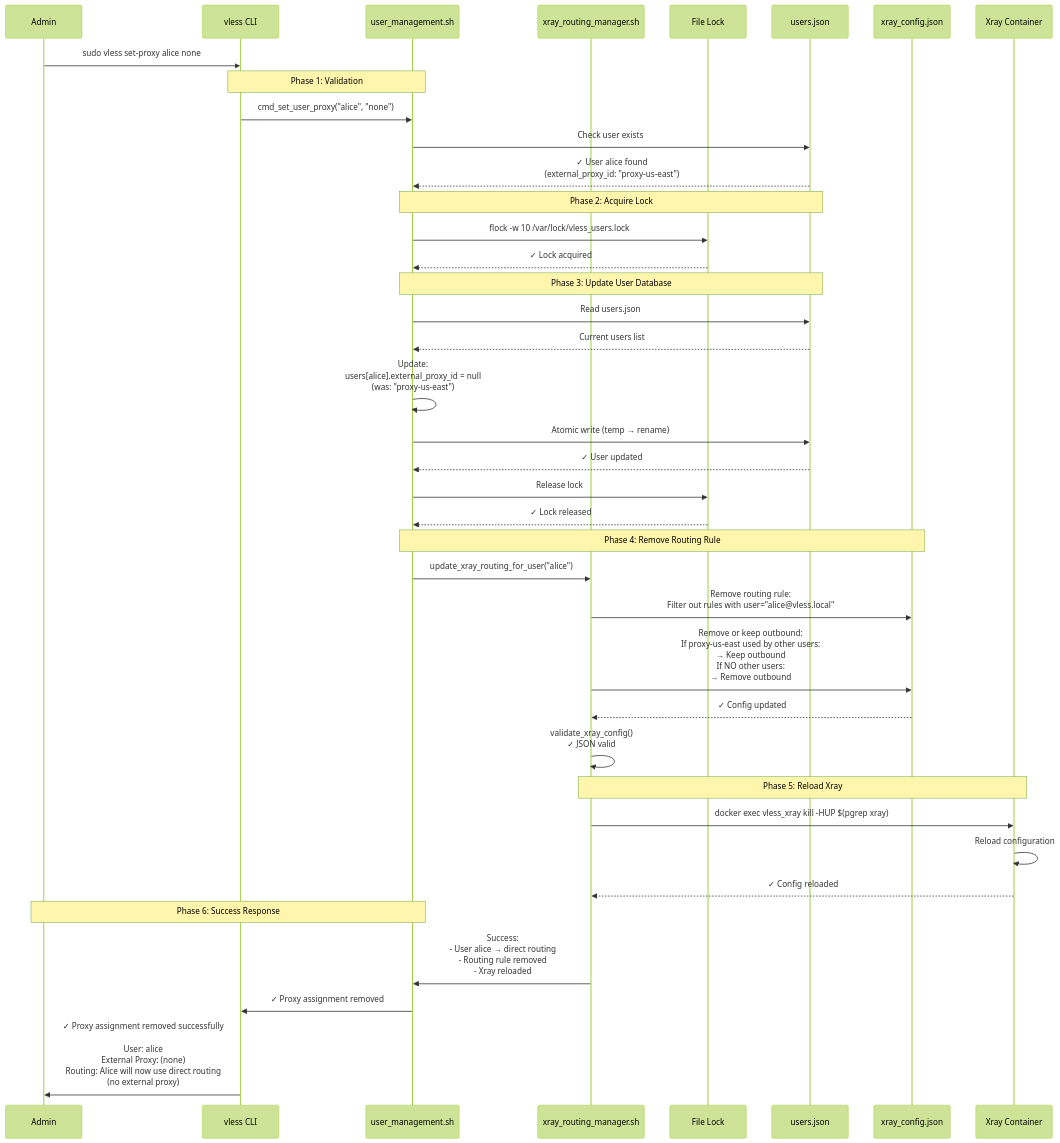
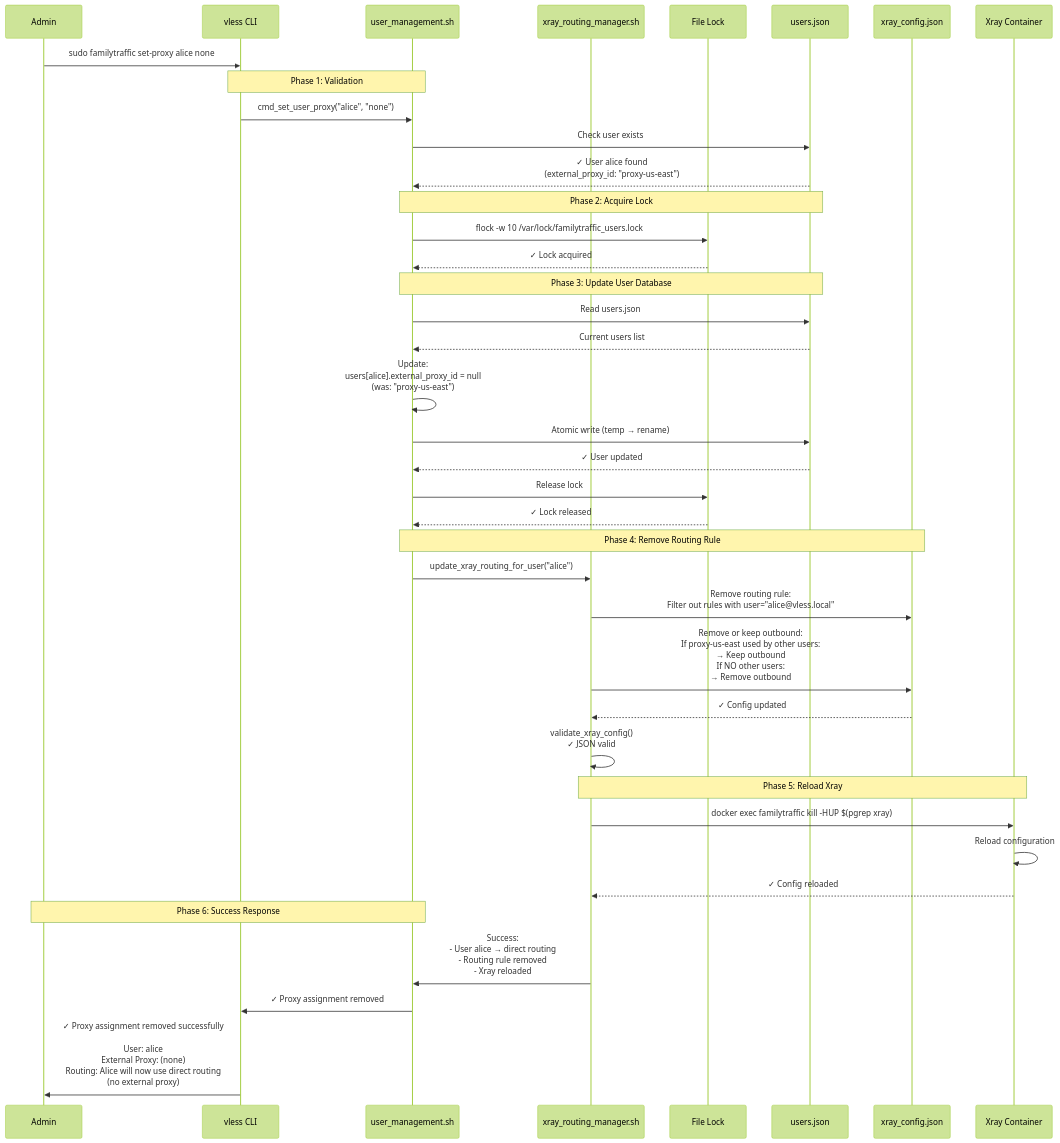
Before and after one commit to ikeniborn/vless: the third of 9 diagrams in docs/architecture/diagrams/sequences/proxy-assignment.md, drawn with Mermaid (forest theme). The commit also changed other lines of this file and 66 other files, not shown here.

First line of the commit message:
refactor(rename): replace old project name 'vless' with 'familytraffic'

````diff
--- a/docs/architecture/diagrams/sequences/proxy-assignment.md
+++ b/docs/architecture/diagrams/sequences/proxy-assignment.md
@@ -175,62 +175,62 @@
 ```mermaid
 sequenceDiagram
     participant Admin
     participant CLI as vless CLI
     participant UserMgmt as user_management.sh
     participant XrayRouting as xray_routing_manager.sh
     participant Lock as File Lock
     participant UsersDB as users.json
     participant XrayConfig as xray_config.json
     participant Xray as Xray Container
 
-    Admin->>CLI: sudo vless set-proxy alice none
+    Admin->>CLI: sudo familytraffic set-proxy alice none
 
     Note over CLI,UserMgmt: Phase 1: Validation
 
     CLI->>UserMgmt: cmd_set_user_proxy("alice", "none")
 
     UserMgmt->>UsersDB: Check user exists
     UsersDB-->>UserMgmt: ✓ User alice found<br/>(external_proxy_id: "proxy-us-east")
 
     Note over UserMgmt,UsersDB: Phase 2: Acquire Lock
 
-    UserMgmt->>Lock: flock -w 10 /var/lock/vless_users.lock
+    UserMgmt->>Lock: flock -w 10 /var/lock/familytraffic_users.lock
     Lock-->>UserMgmt: ✓ Lock acquired
 
     Note over UserMgmt,UsersDB: Phase 3: Update User Database
 
     UserMgmt->>UsersDB: Read users.json
     UsersDB-->>UserMgmt: Current users list
 
     UserMgmt->>UserMgmt: Update:<br/>users[alice].external_proxy_id = null<br/>(was: "proxy-us-east")
 
     UserMgmt->>UsersDB: Atomic write (temp → rename)
     UsersDB-->>UserMgmt: ✓ User updated
 
     UserMgmt->>Lock: Release lock
     Lock-->>UserMgmt: ✓ Lock released
 
     Note over UserMgmt,XrayConfig: Phase 4: Remove Routing Rule
 
     UserMgmt->>XrayRouting: update_xray_routing_for_user("alice")
 
     XrayRouting->>XrayConfig: Remove routing rule:<br/>Filter out rules with user="alice@vless.local"
 
     XrayRouting->>XrayConfig: Remove or keep outbound:<br/>If proxy-us-east used by other users:<br/> → Keep outbound<br/>If NO other users:<br/> → Remove outbound
 
     XrayConfig-->>XrayRouting: ✓ Config updated
 
     XrayRouting->>XrayRouting: validate_xray_config()<br/>✓ JSON valid
 
     Note over XrayRouting,Xray: Phase 5: Reload Xray
 
-    XrayRouting->>Xray: docker exec vless_xray kill -HUP $(pgrep xray)
+    XrayRouting->>Xray: docker exec familytraffic kill -HUP $(pgrep xray)
     Xray->>Xray: Reload configuration
     Xray-->>XrayRouting: ✓ Config reloaded
 
     Note over UserMgmt,Admin: Phase 6: Success Response
 
     XrayRouting->>UserMgmt: Success:<br/>- User alice → direct routing<br/>- Routing rule removed<br/>- Xray reloaded
     UserMgmt->>CLI: ✓ Proxy assignment removed
     CLI->>Admin: ✓ Proxy assignment removed successfully<br/><br/>User: alice<br/>External Proxy: (none)<br/>Routing: Alice will now use direct routing<br/> (no external proxy)
 ```
````
